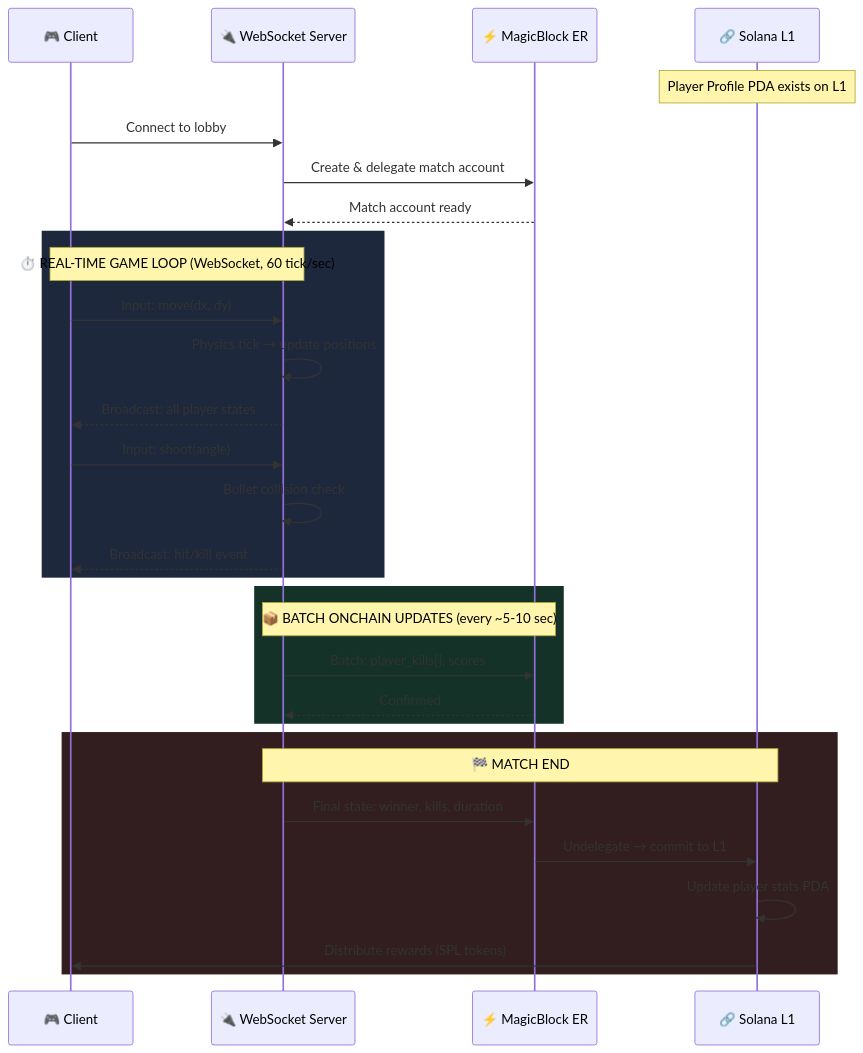
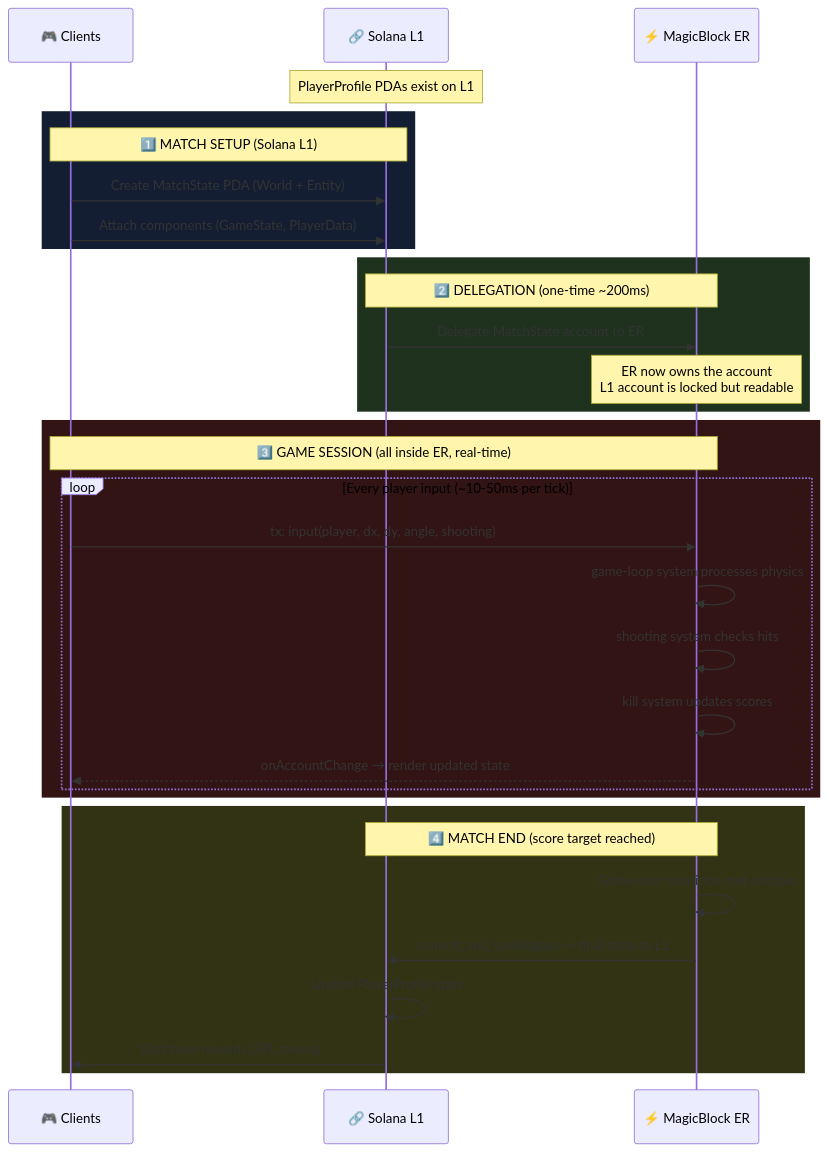
Before and after one commit to pantha704/obsidian: the second of 4 diagrams in Code Dumps/port-protocol/mini-militia-architecture.md, drawn with Mermaid. The commit also changed other lines of this file, not shown here.

````diff
--- a/Code Dumps/port-protocol/mini-militia-architecture.md
+++ b/Code Dumps/port-protocol/mini-militia-architecture.md
@@ -123,37 +36,39 @@
 ```mermaid
 sequenceDiagram
-    participant Client as 🎮 Client
-    participant WS as 🔌 WebSocket Server
+    participant C as 🎮 Clients
+    participant L1 as 🔗 Solana L1
     participant ER as ⚡ MagicBlock ER
-    participant L1 as 🔗 Solana L1
 
-    Note over L1: Player Profile PDA exists on L1
+    Note over L1: PlayerProfile PDAs exist on L1
 
-    Client->>WS: Connect to lobby
-    WS->>ER: Create & delegate match account
-    ER-->>WS: Match account ready
-
-    rect rgb(30, 40, 60)
-        Note over Client,WS: ⏱️ REAL-TIME GAME LOOP (WebSocket, 60 tick/sec)
-        Client->>WS: Input: move(dx, dy)
-        WS->>WS: Physics tick → update positions
-        WS-->>Client: Broadcast: all player states
-        Client->>WS: Input: shoot(angle)
-        WS->>WS: Bullet collision check
-        WS-->>Client: Broadcast: hit/kill event
+    rect rgb(20, 30, 50)
+        Note over C,L1: 1️⃣ MATCH SETUP (Solana L1)
+        C->>L1: Create MatchState PDA (World + Entity)
+        C->>L1: Attach components (GameState, PlayerData)
     end
 
-    rect rgb(20, 50, 40)
-        Note over WS,ER: 📦 BATCH ONCHAIN UPDATES (every ~5-10 sec)
-        WS->>ER: Batch: player_kills[], scores
-        ER-->>WS: Confirmed
+    rect rgb(30, 50, 30)
+        Note over L1,ER: 2️⃣ DELEGATION (one-time ~200ms)
+        L1->>ER: Delegate MatchState account to ER
+        Note over ER: ER now owns the account<br/>L1 account is locked but readable
     end
 
-    rect rgb(50, 30, 30)
-        Note over WS,L1: 🏁 MATCH END
-        WS->>ER: Final state: winner, kills, duration
-        ER->>L1: Undelegate → commit to L1
-        L1->>L1: Update player stats PDA
-        L1->>Client: Distribute rewards (SPL tokens)
+    rect rgb(50, 20, 20)
+        Note over C,ER: 3️⃣ GAME SESSION (all inside ER, real-time)
+        loop Every player input (~10-50ms per tick)
+            C->>ER: tx: input(player, dx, dy, angle, shooting)
+            ER->>ER: game-loop system processes physics
+            ER->>ER: shooting system checks hits
+            ER->>ER: kill system updates scores
+            ER-->>C: onAccountChange → render updated state
+        end
+    end
+
+    rect rgb(50, 50, 20)
+        Note over ER,L1: 4️⃣ MATCH END (score target reached)
+        ER->>ER: Game-over condition met onchain
+        ER->>L1: commit_and_undelegate → final state to L1
+        L1->>L1: Update PlayerProfile stats
+        L1->>C: Distribute rewards (SPL tokens)
     end
 ```
````
